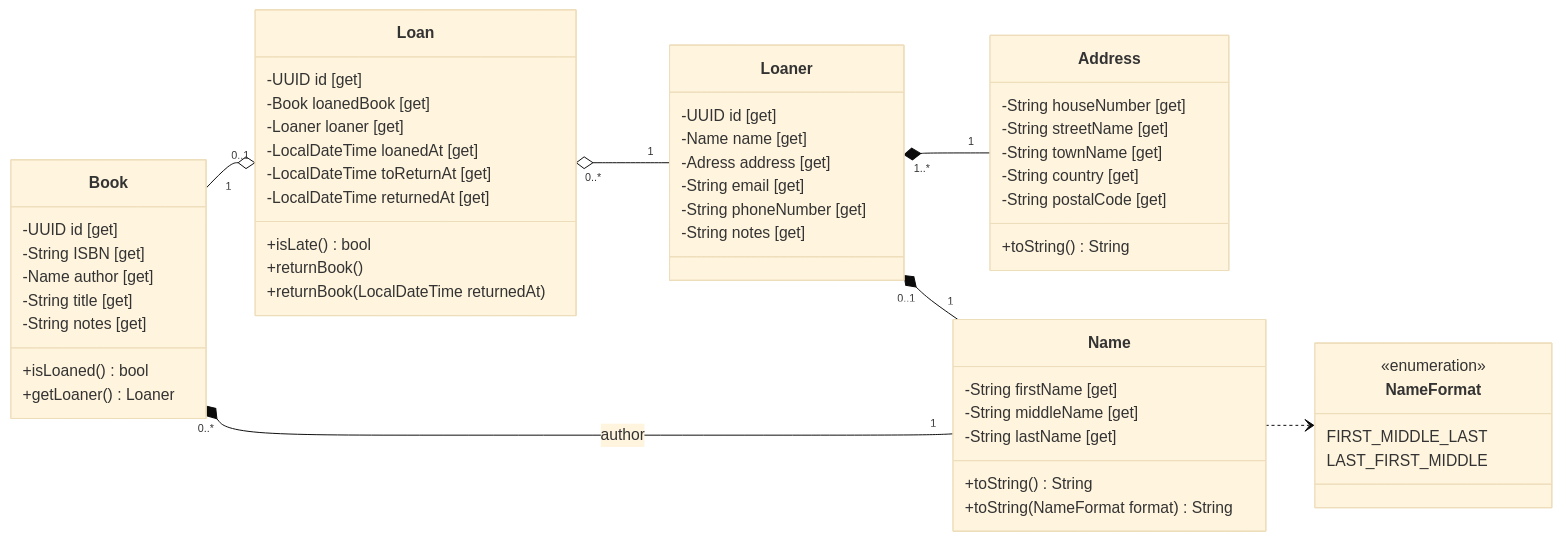
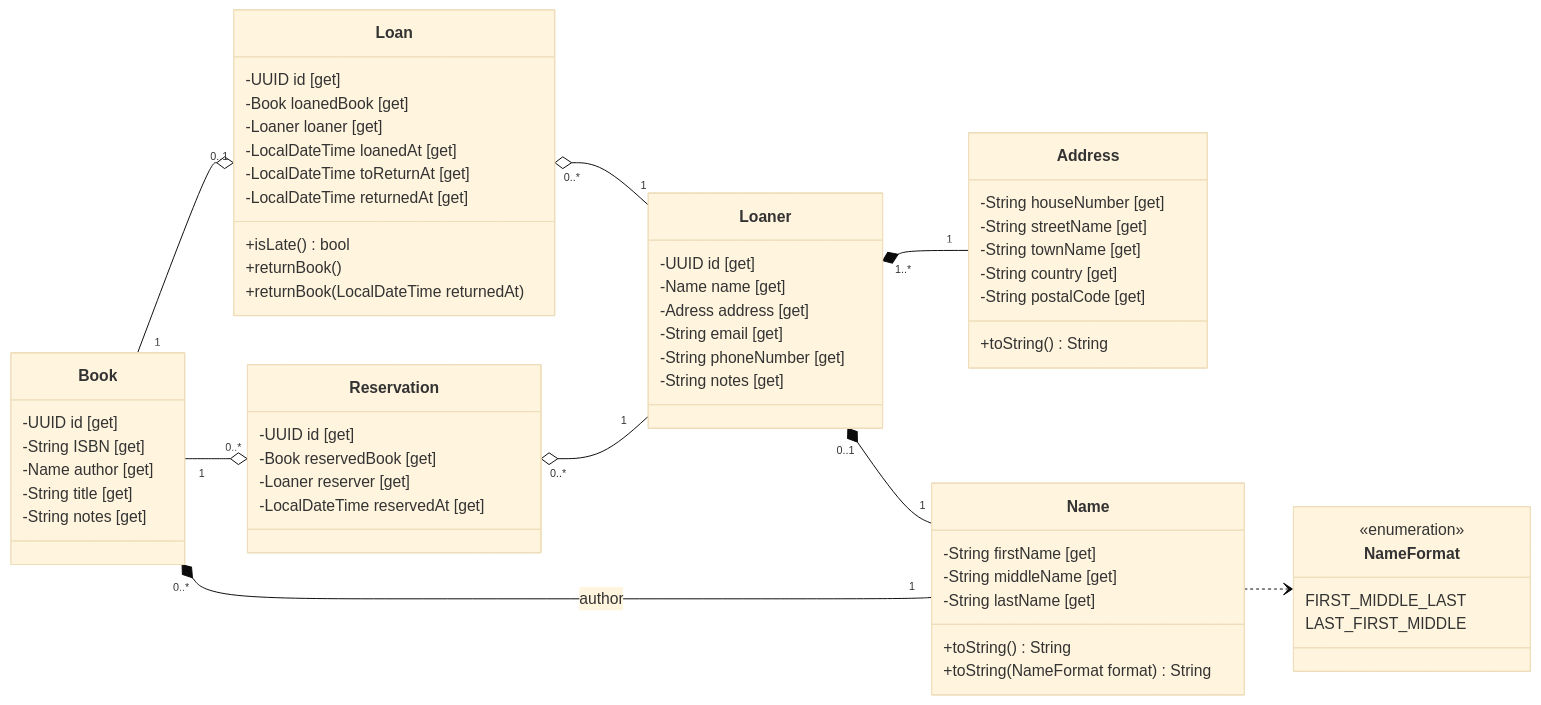
One commit to Lelebees/ipass-2024 changed the diagram in boekmanager-backend/documentation/classdiagram.md. Above: the diagram before and after it, drawn with Mermaid (base theme). The commit also changed 4 other files, not shown here.

```diff
--- a/boekmanager-backend/documentation/classdiagram.md
+++ b/boekmanager-backend/documentation/classdiagram.md
@@ -7,9 +7,9 @@
         -Name author [get]
         -String title [get]
         -String notes [get]
-        +isLoaned() bool
+%%        +isLoaned() bool
 %%        +isReserved() bool
-        +getLoaner() Loaner
+%%        +getLoaner() Loaner
 %%        +getFirstReserver() Loaner
     }
     Book "1" --o "0..1" Loan
@@ -49,14 +49,14 @@
         +returnBook()
         +returnBook(LocalDateTime returnedAt)
     }
-%%    Book "1" --o "0..*" Reservation
-%%    Reservation "0..*" o-- "1" Loaner
-%%    class Reservation {
-%%        -UUID id [get]
-%%        -Book reservedBook [get]
-%%        -Loaner reserver [get]
-%%        -LocalDateTime reservedAt [get]
-%%    }
+    Book "1" --o "0..*" Reservation
+    Reservation "0..*" o-- "1" Loaner
+    class Reservation {
+        -UUID id [get]
+        -Book reservedBook [get]
+        -Loaner reserver [get]
+        -LocalDateTime reservedAt [get]
+    }
     class Loaner {
         -UUID id [get]
         -Name name [get]
```
